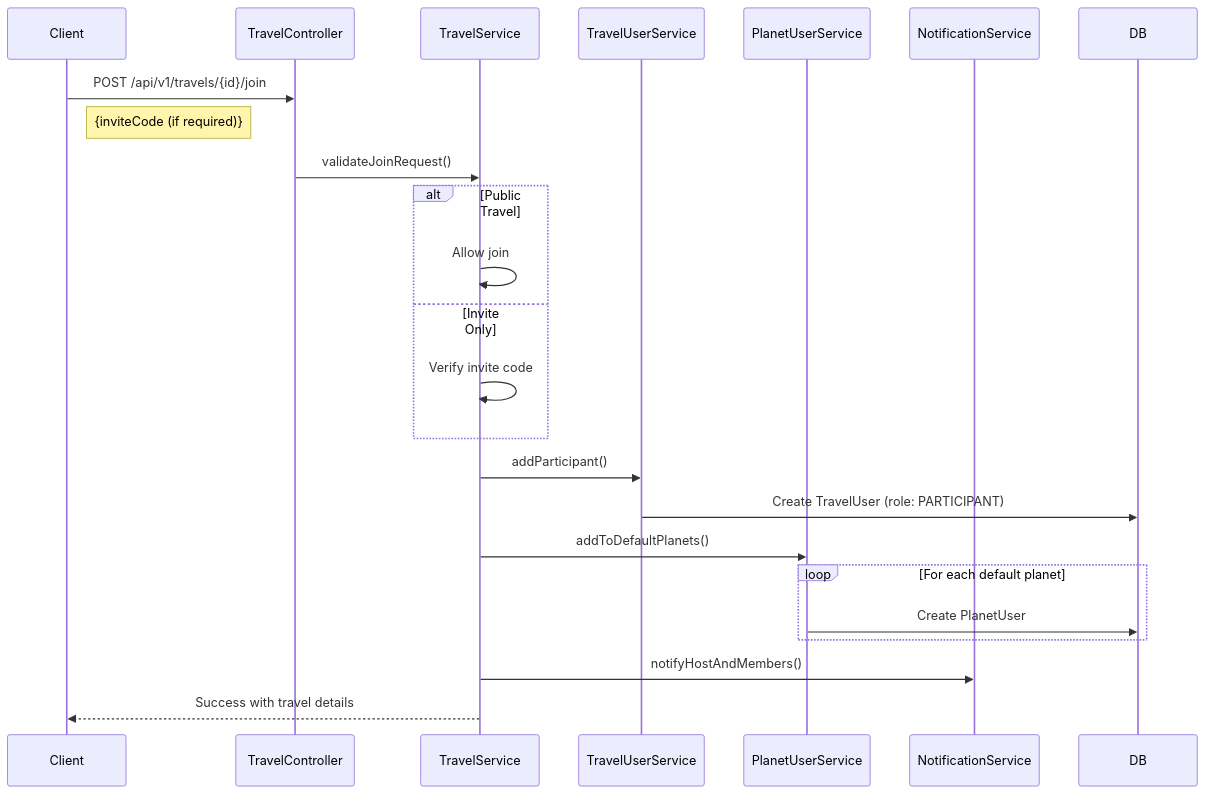
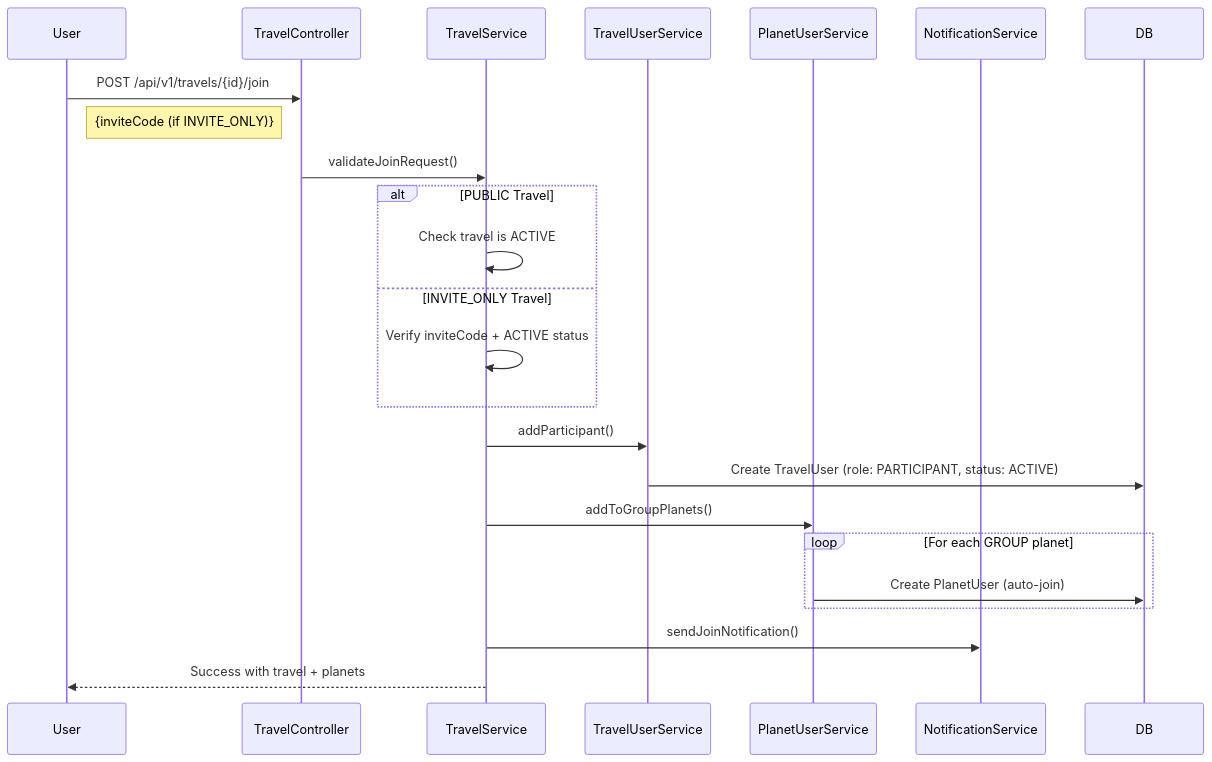
One commit to maximizest/connecto-nest changed the third of 10 diagrams in .md/flow.md. Above: the diagram before and after it, drawn with Mermaid. The commit also changed other lines of this file, not shown here.

````diff
--- a/.md/flow.md
+++ b/.md/flow.md
@@ -170,32 +157,32 @@
 ```mermaid
 sequenceDiagram
-    participant Client
+    participant User
     participant TravelController
     participant TravelService
     participant TravelUserService
     participant PlanetUserService
     participant NotificationService
     
-    Client->>TravelController: POST /api/v1/travels/{id}/join
-    Note right of Client: {inviteCode (if required)}
+    User->>TravelController: POST /api/v1/travels/{id}/join
+    Note right of User: {inviteCode (if INVITE_ONLY)}
     
     TravelController->>TravelService: validateJoinRequest()
     
-    alt Public Travel
-        TravelService->>TravelService: Allow join
-    else Invite Only
-        TravelService->>TravelService: Verify invite code
+    alt PUBLIC Travel
+        TravelService->>TravelService: Check travel is ACTIVE
+    else INVITE_ONLY Travel
+        TravelService->>TravelService: Verify inviteCode + ACTIVE status
     end
     
     TravelService->>TravelUserService: addParticipant()
-    TravelUserService->>DB: Create TravelUser (role: PARTICIPANT)
+    TravelUserService->>DB: Create TravelUser (role: PARTICIPANT, status: ACTIVE)
     
-    TravelService->>PlanetUserService: addToDefaultPlanets()
-    loop For each default planet
-        PlanetUserService->>DB: Create PlanetUser
+    TravelService->>PlanetUserService: addToGroupPlanets()
+    loop For each GROUP planet
+        PlanetUserService->>DB: Create PlanetUser (auto-join)
     end
     
-    TravelService->>NotificationService: notifyHostAndMembers()
+    TravelService->>NotificationService: sendJoinNotification()
     
-    TravelService-->>Client: Success with travel details
+    TravelService-->>User: Success with travel + planets
 ```
````
